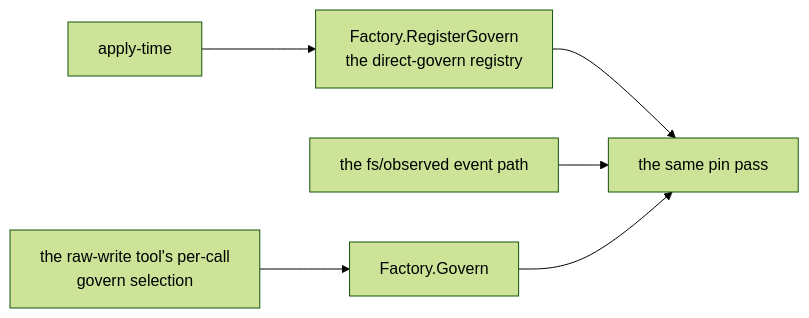
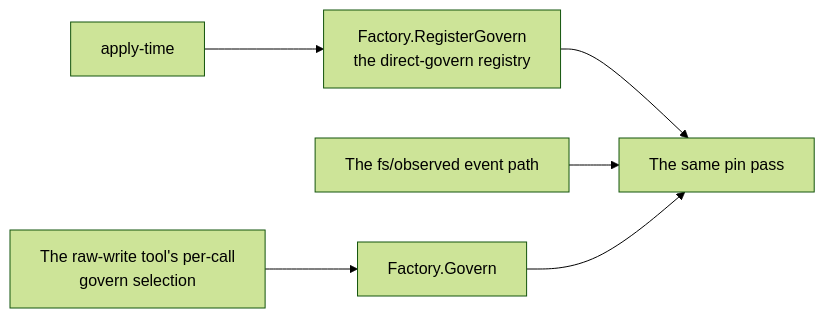
One commit to PlayForm/Site-DeepSeek changed the diagram in Source/Content/Mermaid/direct-govern-entry.mmd. Above: the diagram before and after it, drawn with Mermaid (forest theme). The commit also changed 80 other files, not shown here.

```diff
--- a/Source/Content/Mermaid/direct-govern-entry.mmd
+++ b/Source/Content/Mermaid/direct-govern-entry.mmd
@@ -1,6 +1,6 @@
 flowchart LR
 	APPLY["apply-time"] --> REG["Factory.RegisterGovern<br/>the direct-govern registry"]
-	REG --> PASS["the same pin pass"]
-	EVENT["the fs/observed event path"] --> PASS
-	RAW["the raw-write tool's per-call<br/>govern selection"] --> GOV["Factory.Govern"]
+	REG --> PASS["The same pin pass"]
+	EVENT["The fs/observed event path"] --> PASS
+	RAW["The raw-write tool's per-call<br/>govern selection"] --> GOV["Factory.Govern"]
 	GOV --> PASS
```
